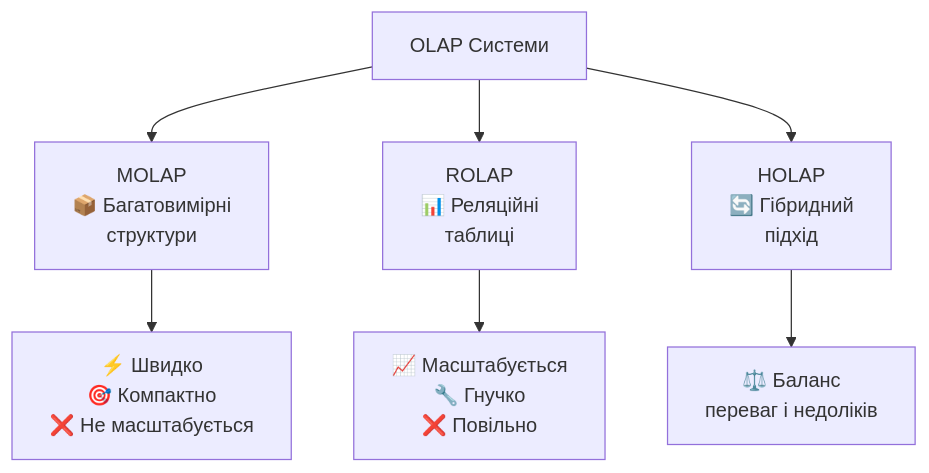
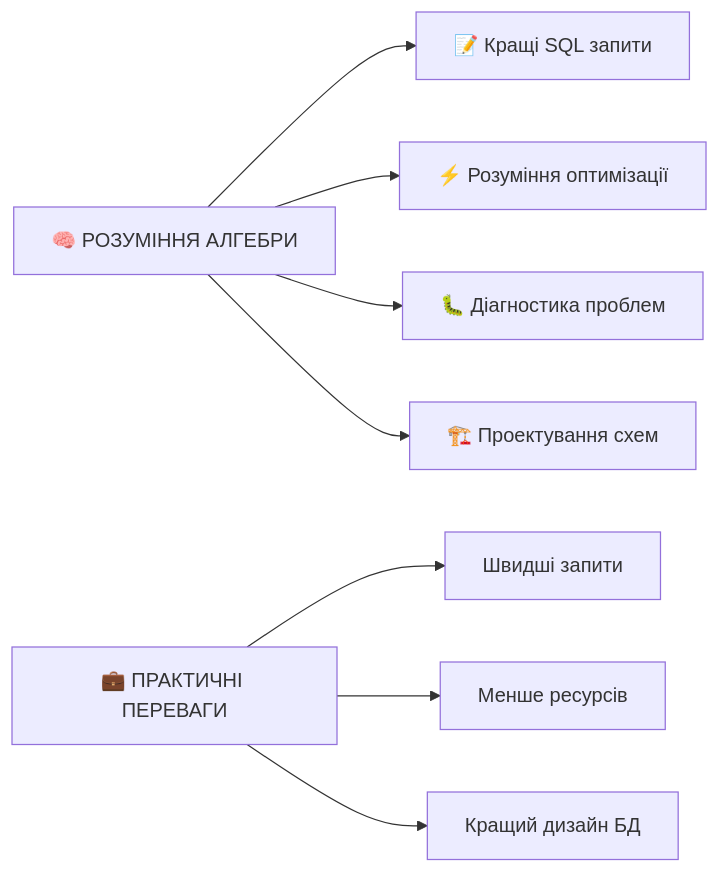
Before and after one commit to olroi421/course-bd: the seventh of 7 diagrams in presentations/presentation-03.md, drawn with Mermaid. The commit also changed other lines of this file and 7 other files, not shown here.

````diff
--- a/presentations/presentation-03.md
+++ b/presentations/presentation-03.md
@@ -366,10 +762,11 @@
 ```mermaid
-graph TD
-    A[OLAP Системи] --> B[MOLAP<br/>📦 Багатовимірні<br/>структури]
-    A --> C[ROLAP<br/>📊 Реляційні<br/>таблиці]
-    A --> D[HOLAP<br/>🔄 Гібридний<br/>підхід]
+graph LR
+    A[🧠 РОЗУМІННЯ АЛГЕБРИ] --> B[📝 Кращі SQL запити]
+    A --> C[⚡ Розуміння оптимізації]
+    A --> D[🐛 Діагностика проблем]
+    A --> E[🏗️ Проектування схем]
 
-    B --> E[⚡ Швидко<br/>🎯 Компактно<br/>❌ Не масштабується]
-    C --> F[📈 Масштабується<br/>🔧 Гнучко<br/>❌ Повільно]
-    D --> G[⚖️ Баланс<br/>переваг і недоліків]
+    F[💼 ПРАКТИЧНІ ПЕРЕВАГИ] --> G[Швидші запити]
+    F --> H[Менше ресурсів]
+    F --> I[Кращий дизайн БД]
 ```
````
